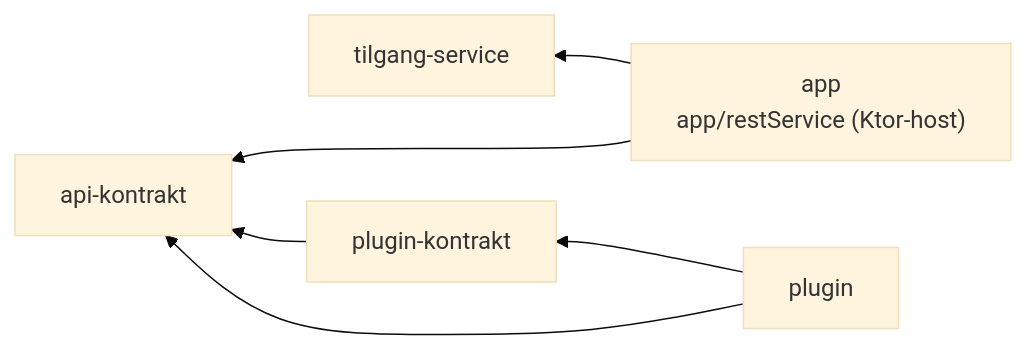
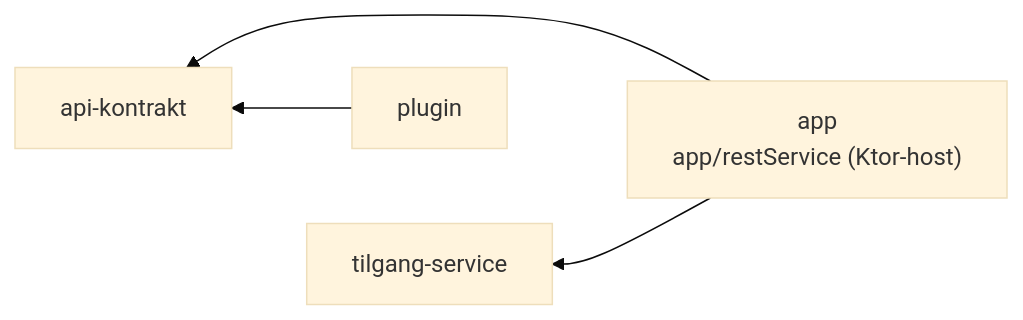
The third of 3 diagrams in README.md (navikt/aap-tilgang), drawn with Mermaid (base theme) before and after one commit. The commit also changed 28 other files, not shown here.

First line of the commit message:
refactor(plugin)!: slå sammen plugin-kontrakt med plugin (MAJOR)

````diff
--- a/README.md
+++ b/README.md
@@ -115,18 +115,15 @@
 ```mermaid
 flowchart RL
     app["app<br/>app/restService (Ktor-host)"]
     service["tilgang-service"]
     api["api-kontrakt"]
     plugin["plugin"]
-    pluginContract["plugin-kontrakt"]
 
     app --> service
     app --> api
-    plugin --> pluginContract
     plugin --> api
-    pluginContract --> api
 
     %% Usynlig lenke for plassering: holder api-kontrakt alene lengst til venstre.
     %% Det er ingen avhengighet mellom tilgang-service og api-kontrakt.
     service ~~~ api
 ```
````
